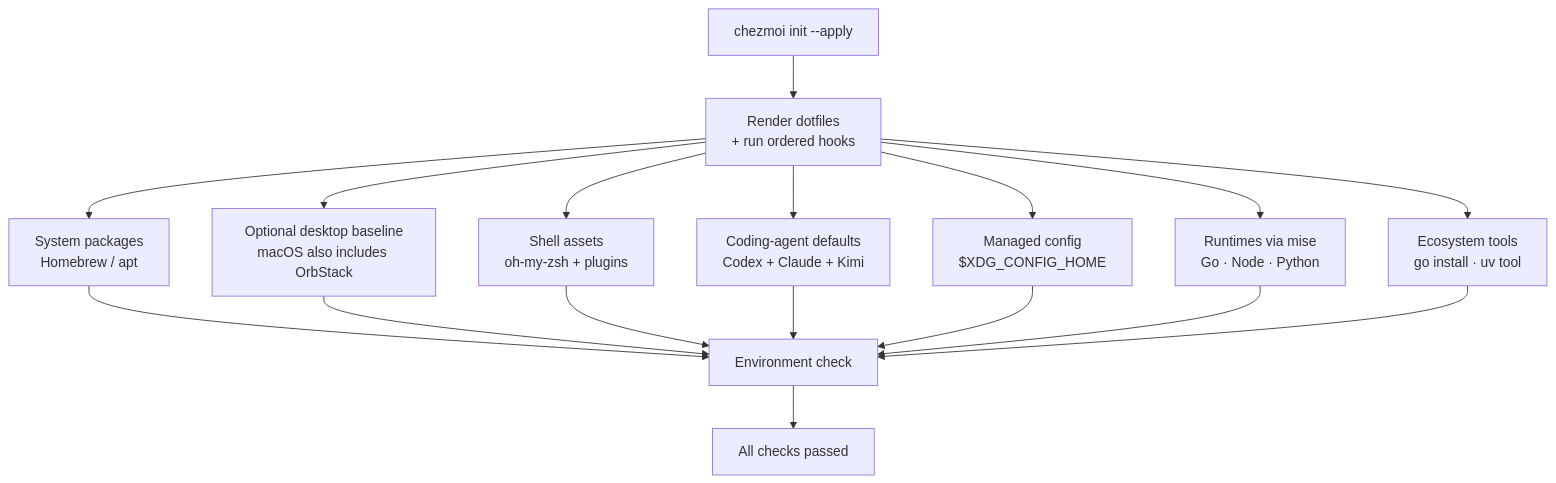
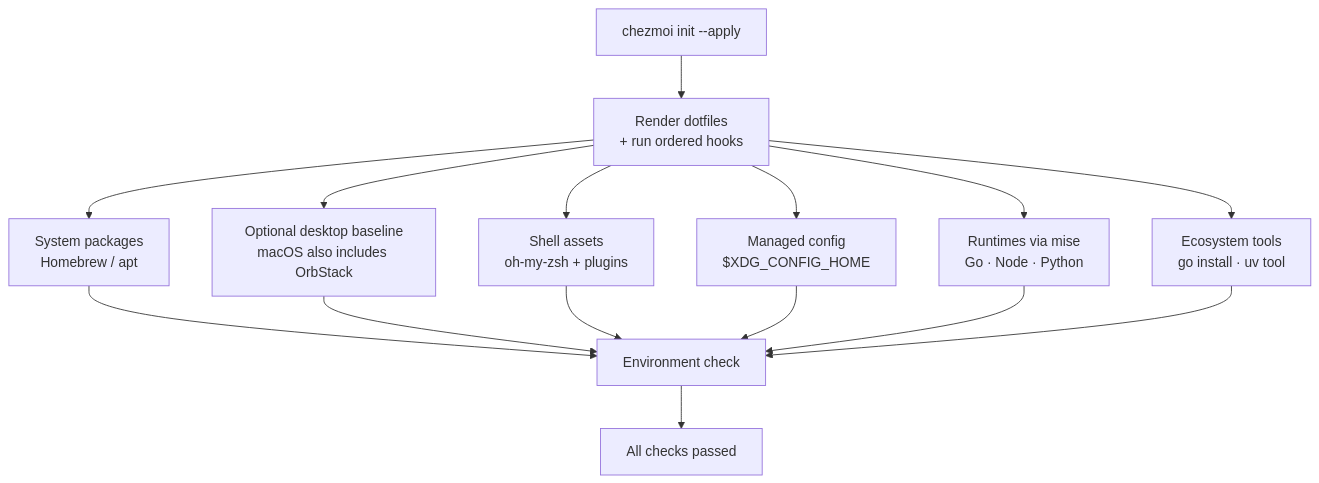
Before and after one commit to kangmingxuan/oh-my-devenv: the diagram in README.md, drawn with Mermaid. The commit also changed other lines of this file and 20 other files, not shown here.

````diff
--- a/README.md
+++ b/README.md
@@ -31,19 +30,17 @@
 ```mermaid
 flowchart TD
     A["chezmoi init --apply"] --> B["Render dotfiles<br/>+ run ordered hooks"]
     B --> C["System packages<br/>Homebrew / apt"]
     B --> D["Optional desktop baseline<br/>macOS also includes OrbStack"]
     B --> E["Shell assets<br/>oh-my-zsh + plugins"]
-    B --> A1["Coding-agent defaults<br/>Codex + Claude + Kimi"]
     B --> X["Managed config<br/>$XDG_CONFIG_HOME"]
     B --> F["Runtimes via mise<br/>Go · Node · Python"]
     B --> G["Ecosystem tools<br/>go install · uv tool"]
     C --> H["Environment check"]
     D --> H
     E --> H
-    A1 --> H
     X --> H
     F --> H
     G --> H
     H --> I["All checks passed"]
 ```
````
